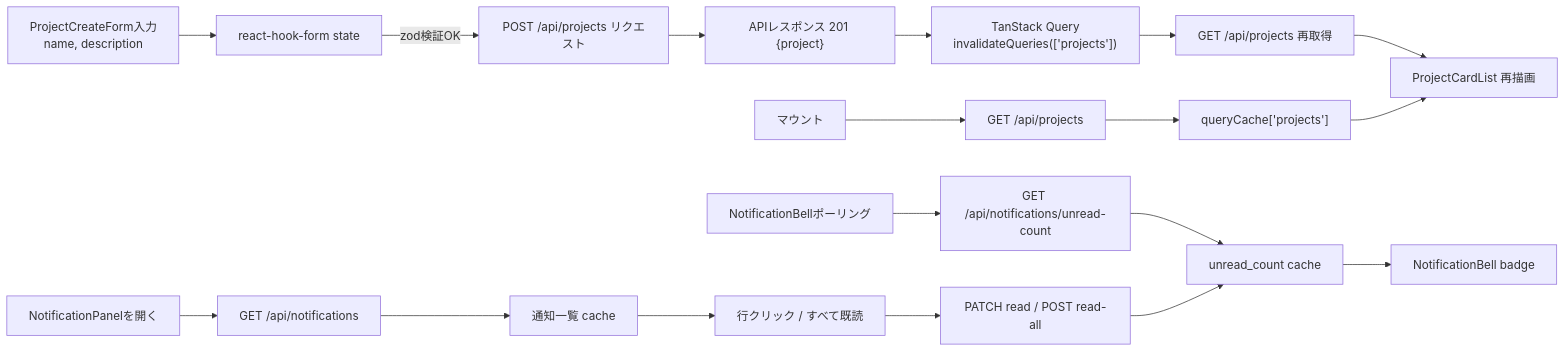
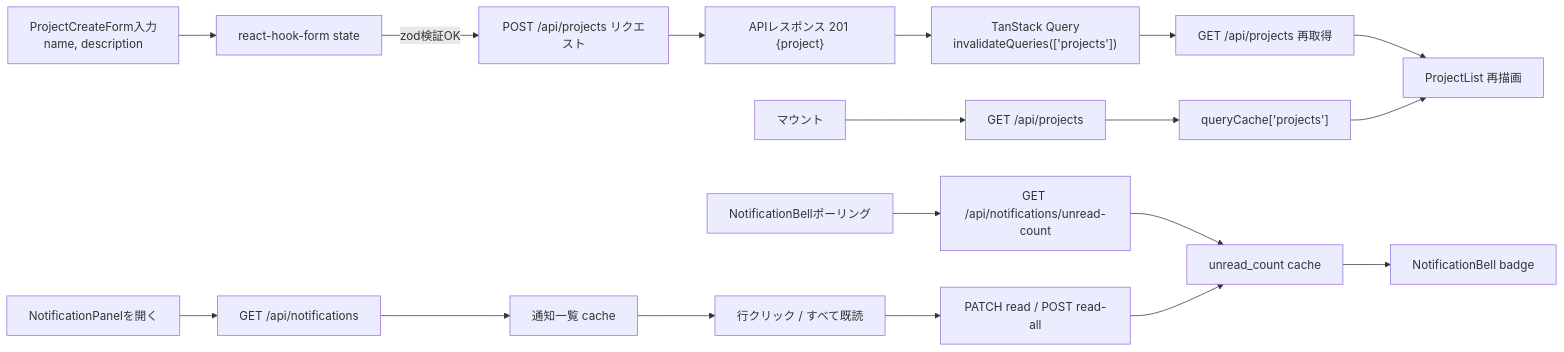
Before and after one commit to oikawa-d/task_management: the fifth of 5 diagrams in docs/detailed_design/screen/06_dashboard.md, drawn with Mermaid. The commit also changed other lines of this file, not shown here.

````diff
--- a/docs/detailed_design/screen/06_dashboard.md
+++ b/docs/detailed_design/screen/06_dashboard.md
@@ -274,22 +283,22 @@
 ```mermaid
 flowchart LR
     A["ProjectCreateForm入力<br/>name, description"] --> B["react-hook-form state"]
     B -->|"zod検証OK"| C["POST /api/projects リクエスト"]
     C --> D["APIレスポンス 201 {project}"]
     D --> E["TanStack Query<br/>invalidateQueries(['projects'])"]
     E --> F["GET /api/projects 再取得"]
-    F --> G["ProjectCardList 再描画"]
+    F --> G["ProjectList 再描画"]
 
     H["マウント"] --> I["GET /api/projects"]
     I --> J["queryCache['projects']"]
     J --> G
 
     H2["NotificationBellポーリング"] --> I2["GET /api/notifications/unread-count"]
     I2 --> J2["unread_count cache"]
     J2 --> K2["NotificationBell badge"]
     L2["NotificationPanelを開く"] --> M2["GET /api/notifications"]
     M2 --> N2["通知一覧 cache"]
     N2 --> O2["行クリック / すべて既読"]
     O2 --> P2["PATCH read / POST read-all"]
     P2 --> J2
 ```
````
